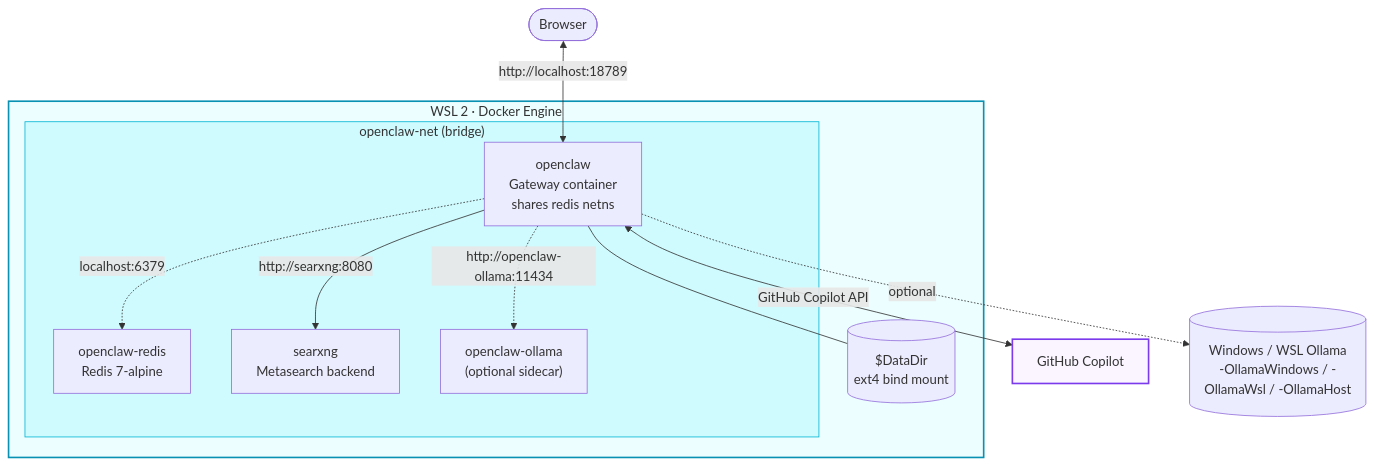
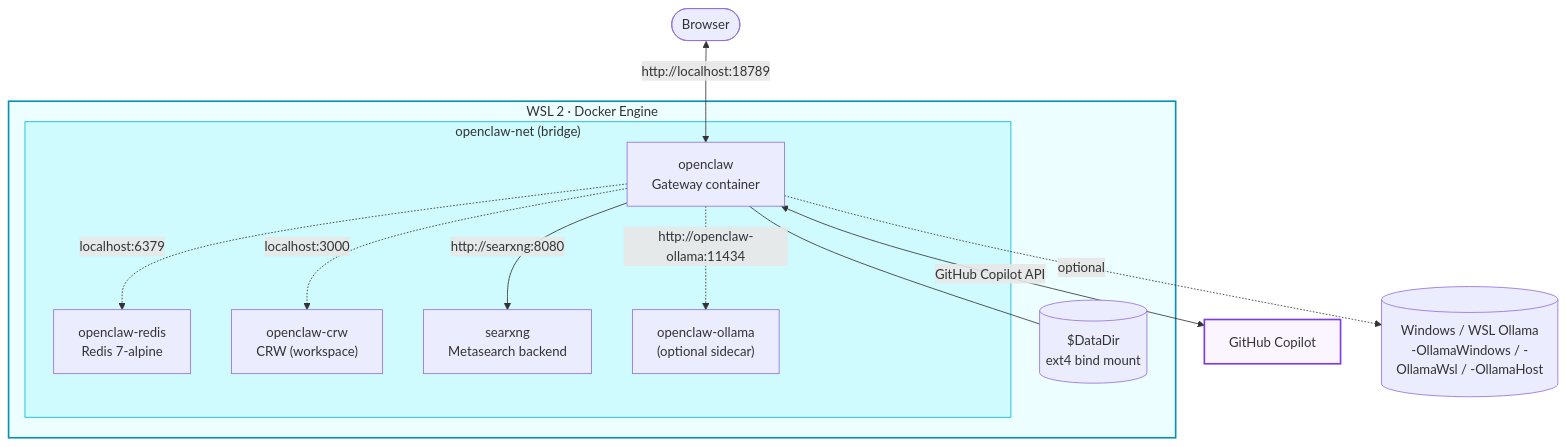
Before and after one commit to serdarsemen/openclaw-azure-containerapps: the second of 2 diagrams in README.md, drawn with Mermaid. The commit also changed other lines of this file and 12 other files, not shown here.

````diff
--- a/README.md
+++ b/README.md
@@ -426,25 +428,27 @@
 ```mermaid
 flowchart TB
     browser(["Browser"]) <-->|http://localhost:18789| openclaw
 
     subgraph wsl["WSL 2 · Docker Engine"]
         subgraph net["openclaw-net (bridge)"]
-            openclaw["openclaw<br/>Gateway container<br/>shares redis netns"]
+            openclaw["openclaw<br/>Gateway container"]
             redis["openclaw-redis<br/>Redis 7-alpine"]
+            crw["openclaw-crw<br/>CRW (workspace)"]
             searxng["searxng<br/>Metasearch backend"]
             ollama["openclaw-ollama<br/>(optional sidecar)"]
             openclaw -.->|localhost:6379| redis
+            openclaw -.->|localhost:3000| crw
             openclaw -->|http://searxng:8080| searxng
             openclaw -.->|http://openclaw-ollama:11434| ollama
         end
         data[("$DataDir<br/>ext4 bind mount")]
         openclaw --- data
     end
 
     openclaw <-->|GitHub Copilot API| copilot["GitHub Copilot"]
     openclaw -.->|optional| host[("Windows / WSL Ollama<br/>-OllamaWindows / -OllamaWsl / -OllamaHost")]
 
     style wsl fill:#ecfeff,stroke:#0891b2,stroke-width:2px
     style net fill:#cffafe,stroke:#06b6d4,stroke-width:1px
     style copilot fill:#faf5ff,stroke:#7c3aed,stroke-width:2px
 ```
````
